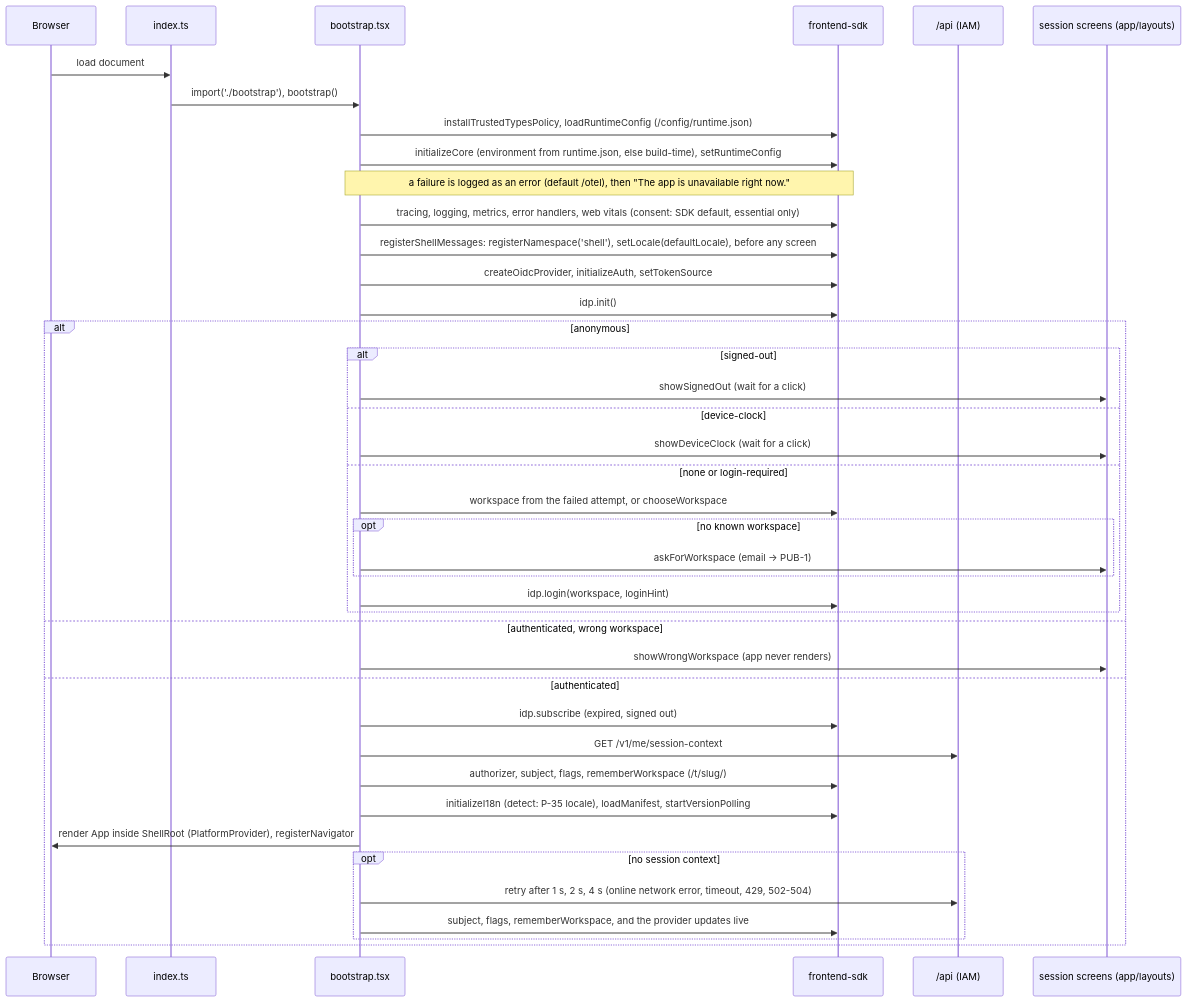
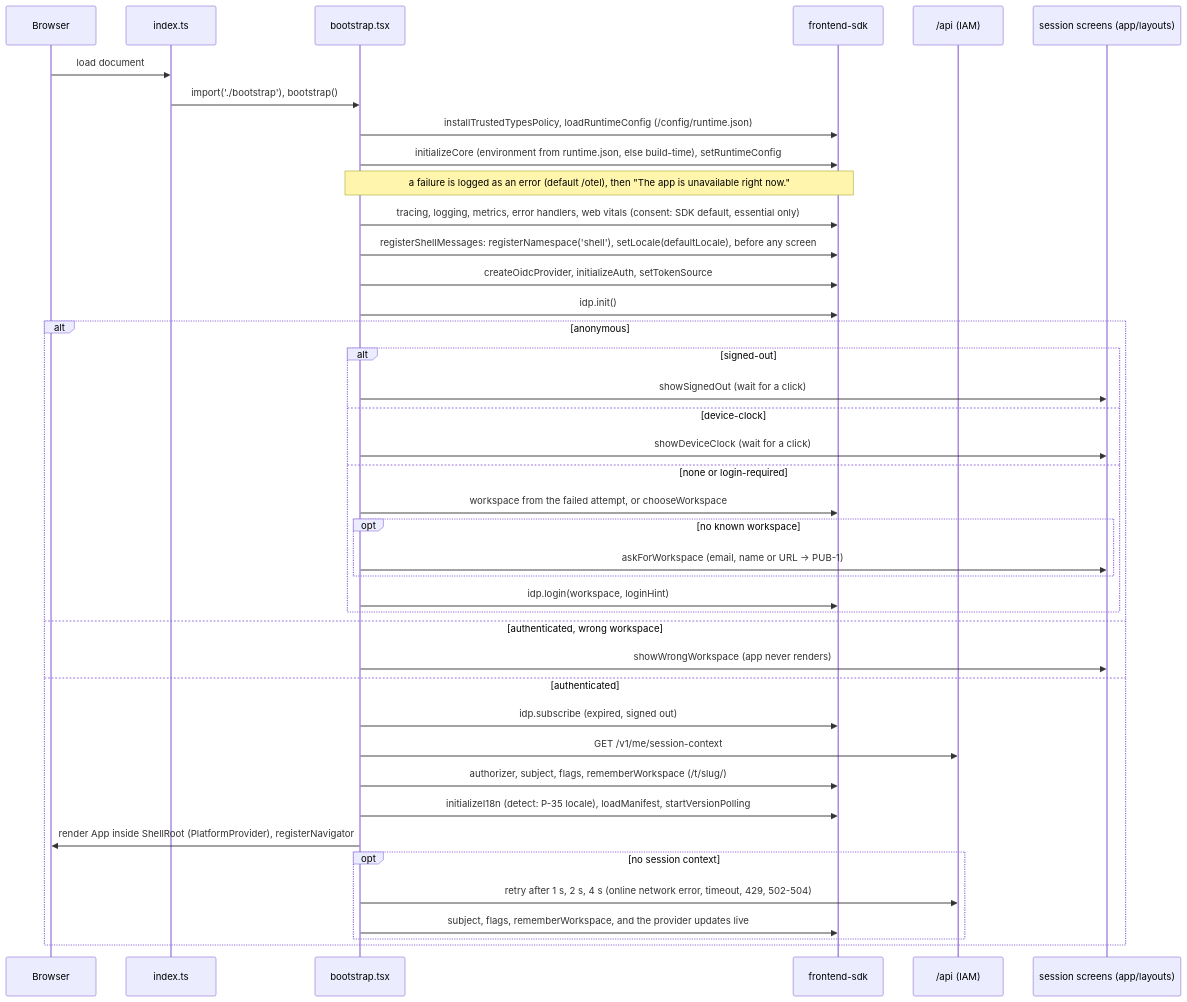
Before and after one commit to BCBP-SOLUTIONS-FZC-LLC/web-shell: the diagram in docs/architecture/mermaid/bootstrap-flow.mmd, drawn with Mermaid. The commit also changed 36 other files, not shown here.

First line of the commit message:
Let the sign-in box take a workspace name or URL, and add the IAM screens' UI permissions (#74)

```diff
--- a/docs/architecture/mermaid/bootstrap-flow.mmd
+++ b/docs/architecture/mermaid/bootstrap-flow.mmd
@@ -1,42 +1,42 @@
 sequenceDiagram
     participant Browser
     participant Index as index.ts
     participant Boot as bootstrap.tsx
     participant SDK as frontend-sdk
     participant IAM as /api (IAM)
     participant Screens as session screens (app/layouts)
 
     Browser->>Index: load document
     Index->>Boot: import('./bootstrap'), bootstrap()
     Boot->>SDK: installTrustedTypesPolicy, loadRuntimeConfig (/config/runtime.json)
     Boot->>SDK: initializeCore (environment from runtime.json, else build-time), setRuntimeConfig
     Note over Boot,SDK: a failure is logged as an error (default /otel), then "The app is unavailable right now."
     Boot->>SDK: tracing, logging, metrics, error handlers, web vitals (consent: SDK default, essential only)
     Boot->>SDK: registerShellMessages: registerNamespace('shell'), setLocale(defaultLocale), before any screen
     Boot->>SDK: createOidcProvider, initializeAuth, setTokenSource
     Boot->>SDK: idp.init()
     alt anonymous
         alt signed-out
             Boot->>Screens: showSignedOut (wait for a click)
         else device-clock
             Boot->>Screens: showDeviceClock (wait for a click)
         else none or login-required
             Boot->>SDK: workspace from the failed attempt, or chooseWorkspace
             opt no known workspace
-                Boot->>Screens: askForWorkspace (email → PUB-1)
+                Boot->>Screens: askForWorkspace (email, name or URL → PUB-1)
             end
             Boot->>SDK: idp.login(workspace, loginHint)
         end
     else authenticated, wrong workspace
         Boot->>Screens: showWrongWorkspace (app never renders)
     else authenticated
         Boot->>SDK: idp.subscribe (expired, signed out)
         Boot->>IAM: GET /v1/me/session-context
         Boot->>SDK: authorizer, subject, flags, rememberWorkspace (/t/slug/)
         Boot->>SDK: initializeI18n (detect: P-35 locale), loadManifest, startVersionPolling
         Boot->>Browser: render App inside ShellRoot (PlatformProvider), registerNavigator
         opt no session context
             Boot->>IAM: retry after 1 s, 2 s, 4 s (online network error, timeout, 429, 502-504)
             Boot->>SDK: subject, flags, rememberWorkspace, and the provider updates live
         end
     end
```
